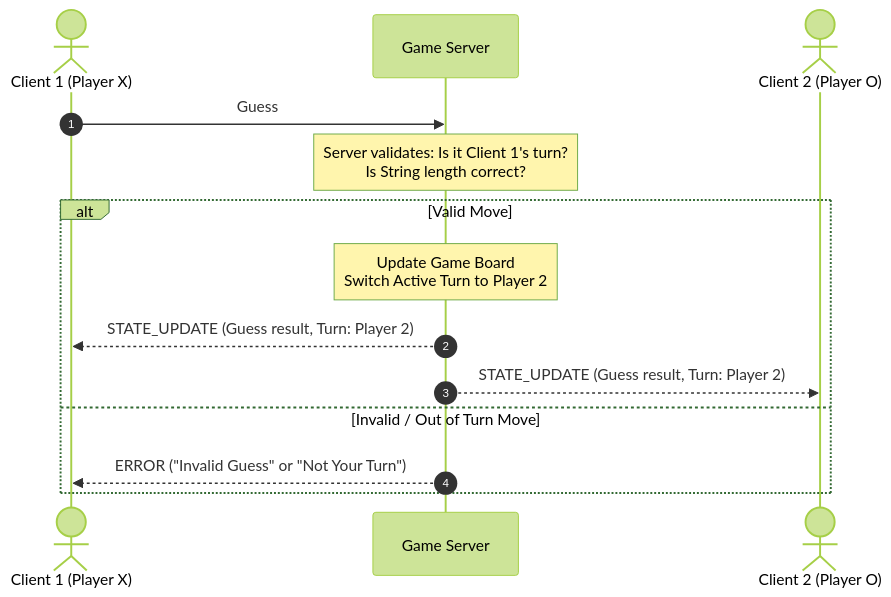
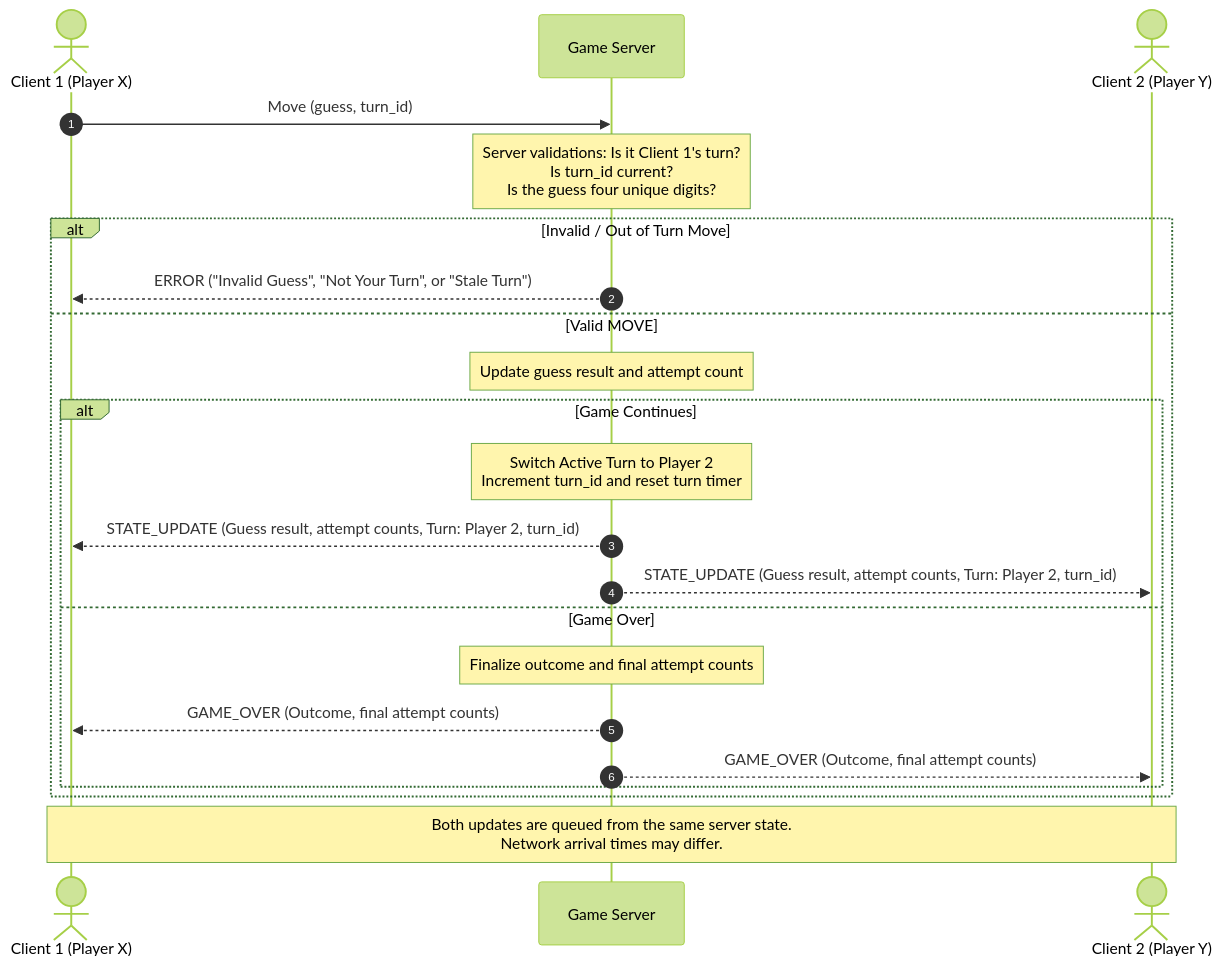
The diagram in docs/sequence_diagram.md (ABowSEC/CS457-CodeBreaker), drawn with Mermaid (forest theme) before and after one commit. The commit also changed other lines of this file and 1 other file, not shown here.

Commit message:
sequence diagram & concurrency writeups

````diff
--- a/docs/sequence_diagram.md
+++ b/docs/sequence_diagram.md
@@ -4,17 +3,25 @@
 ```mermaid
 sequenceDiagram
     autonumber
     actor Client1 as Client 1 (Player X)
     participant Server as Game Server
-    actor Client2 as Client 2 (Player O)
+    actor Client2 as Client 2 (Player Y)
 
-    Client1->>Server: Guess
-    Note over Server: Server validates: Is it Client 1's turn?<br>Is String length correct?
-    alt Valid Move
-        Note over Server: Update Game Board<br>Switch Active Turn to Player 2
-        Server-->>Client1: STATE_UPDATE (Guess result, Turn: Player 2)
-        Server-->>Client2: STATE_UPDATE (Guess result, Turn: Player 2)
-    else Invalid / Out of Turn Move
-        Server-->>Client1: ERROR ("Invalid Guess" or "Not Your Turn")
+    Client1->>Server: Move (guess, turn_id)
+    Note over Server: Server validations: Is it Client 1's turn?<br>Is turn_id current?<br>Is the guess four unique digits?
+    alt Invalid / Out of Turn Move
+        Server-->>Client1: ERROR ("Invalid Guess", "Not Your Turn", or "Stale Turn")
+    else Valid MOVE
+        Note over Server: Update guess result and attempt count
+        alt Game Continues
+            Note over Server: Switch Active Turn to Player 2<br>Increment turn_id and reset turn timer
+            Server-->>Client1: STATE_UPDATE (Guess result, attempt counts, Turn: Player 2, turn_id)
+            Server-->>Client2: STATE_UPDATE (Guess result, attempt counts, Turn: Player 2, turn_id)
+        else Game Over
+            Note over Server: Finalize outcome and final attempt counts
+            Server-->>Client1: GAME_OVER (Outcome, final attempt counts)
+            Server-->>Client2: GAME_OVER (Outcome, final attempt counts)
+        end
     end
+    Note over Client1,Client2: Both updates are queued from the same server state.<br>Network arrival times may differ.
 ```
````
